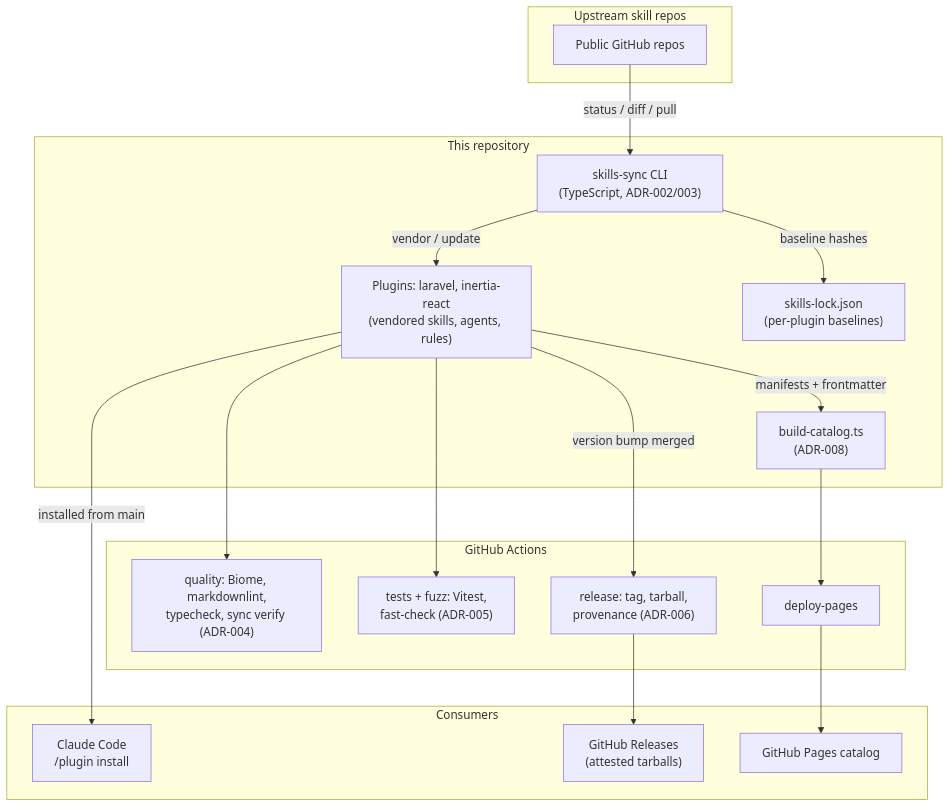
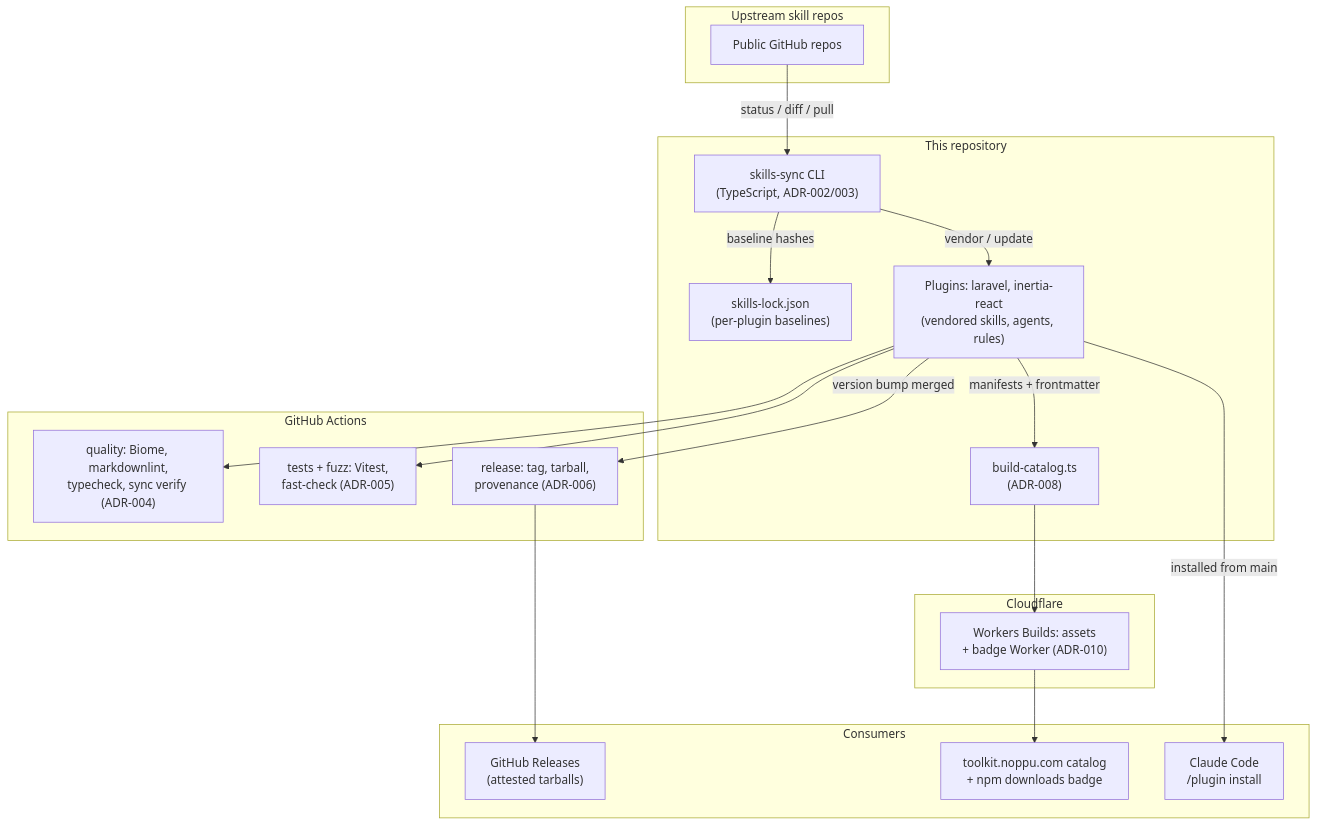
One commit to noppu-labs/ai-toolkit changed the diagram in docs/adr/000-index.md. Above: the diagram before and after it, drawn with Mermaid. The commit also changed other lines of this file and 12 other files, not shown here.

First line of the commit message:
feat(site): npm downloads badge served by a Cloudflare Worker; production moves off GitHub Pages (#196)

````diff
--- a/docs/adr/000-index.md
+++ b/docs/adr/000-index.md
@@ -25,38 +26,41 @@
 ```mermaid
 graph TB
     subgraph Upstreams["Upstream skill repos"]
         UP["Public GitHub repos"]
     end
 
     subgraph Repo["This repository"]
         SYNC["skills-sync CLI<br/>(TypeScript, ADR-002/003)"]
         PLUGINS["Plugins: laravel, inertia-react<br/>(vendored skills, agents, rules)"]
         LOCK["skills-lock.json<br/>(per-plugin baselines)"]
         SITEGEN["build-catalog.ts<br/>(ADR-008)"]
     end
 
     subgraph CI["GitHub Actions"]
         QUALITY["quality: Biome, markdownlint,<br/>typecheck, sync verify (ADR-004)"]
         TESTS["tests + fuzz: Vitest,<br/>fast-check (ADR-005)"]
         RELEASE["release: tag, tarball,<br/>provenance (ADR-006)"]
-        PAGES["deploy-pages"]
+    end
+
+    subgraph CF["Cloudflare"]
+        PAGES["Workers Builds: assets<br/>+ badge Worker (ADR-010)"]
     end
 
     subgraph Out["Consumers"]
         CC["Claude Code<br/>/plugin install"]
         REL["GitHub Releases<br/>(attested tarballs)"]
-        SITE["GitHub Pages catalog"]
+        SITE["toolkit.noppu.com catalog<br/>+ npm downloads badge"]
     end
 
     UP -- "status / diff / pull" --> SYNC
     SYNC -- "baseline hashes" --> LOCK
     SYNC -- "vendor / update" --> PLUGINS
     PLUGINS --> QUALITY
     PLUGINS --> TESTS
     PLUGINS -- "version bump merged" --> RELEASE
     RELEASE --> REL
     PLUGINS -- "manifests + frontmatter" --> SITEGEN
     SITEGEN --> PAGES
     PAGES --> SITE
     PLUGINS -- "installed from main" --> CC
 ```
````
